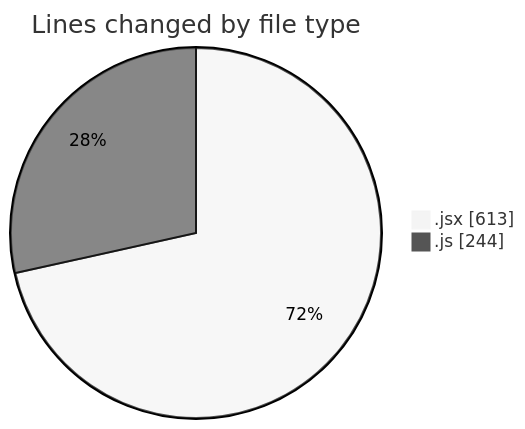
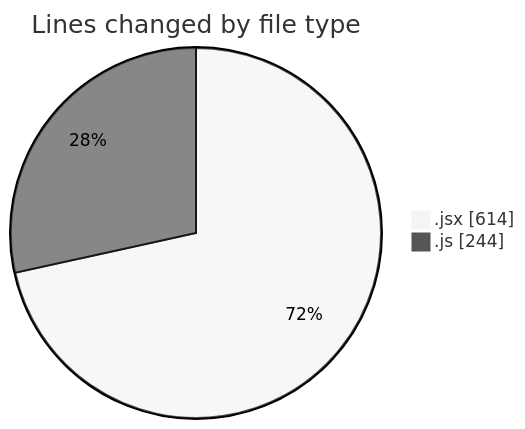
One commit to nxtqubesakshisongat/code-tracking changed the first of 2 diagrams in 2025-07-30/nxtqube_webapp/README.md. Above: the diagram before and after it, drawn with Mermaid (neutral theme). The commit also changed other lines of this file and 1 other file, not shown here.

````diff
--- a/2025-07-30/nxtqube_webapp/README.md
+++ b/2025-07-30/nxtqube_webapp/README.md
@@ -22,6 +22,6 @@
 ```mermaid
 pie showData
 title Lines changed by file type
-".jsx" : 613
+".jsx" : 614
 ".js" : 244
 ```
````
